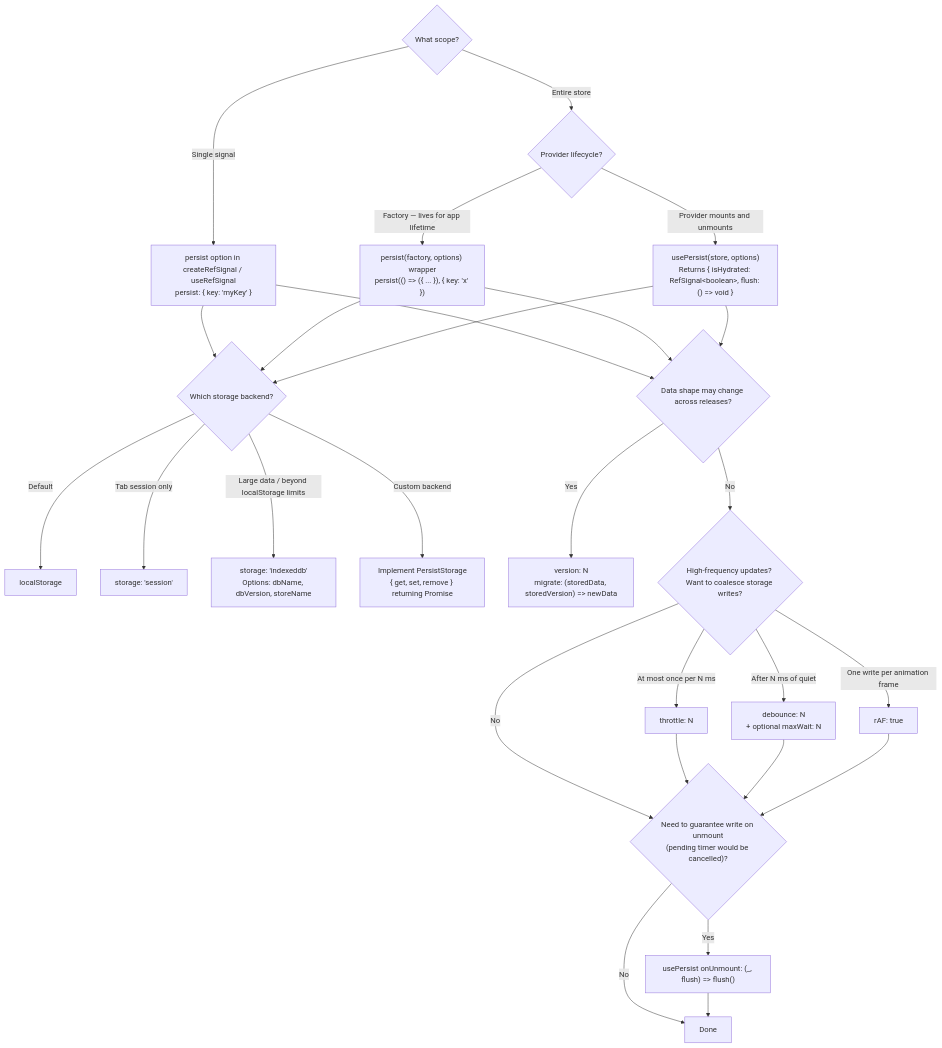
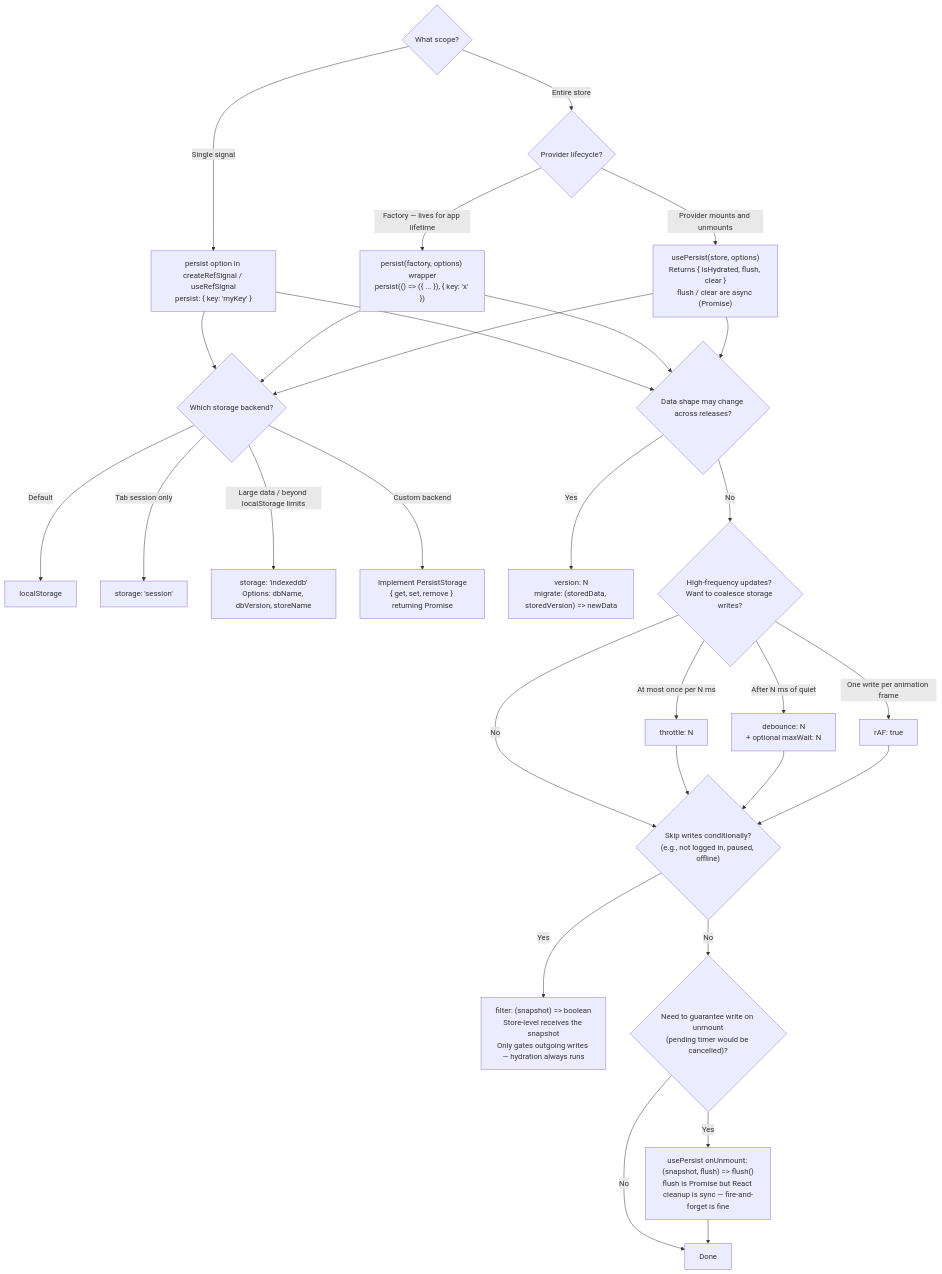
Before and after one commit to jav974/react-refsignal: the ninth of 11 diagrams in docs/decision-tree.md, drawn with Mermaid. The commit also changed other lines of this file, not shown here.

````diff
--- a/docs/decision-tree.md
+++ b/docs/decision-tree.md
@@ -162,31 +203,36 @@
 ```mermaid
 flowchart TD
     Q1{"What scope?"}
 
     Q1 -->|Single signal| A["persist option in createRefSignal / useRefSignal\npersist: { key: 'myKey' }"]
     Q1 -->|Entire store| Q2{"Provider lifecycle?"}
 
     Q2 -->|"Factory — lives for app lifetime"| B["persist(factory, options) wrapper\npersist(() => ({ ... }), { key: 'x' })"]
-    Q2 -->|Provider mounts and unmounts| C["usePersist(store, options)\nReturns { isHydrated: RefSignal&lt;boolean&gt;, flush: () =&gt; void }"]
+    Q2 -->|Provider mounts and unmounts| C["usePersist(store, options)\nReturns { isHydrated, flush, clear }\nflush / clear are async (Promise<void>)"]
 
     A & B & C --> Q3{"Which storage backend?"}
     Q3 -->|Default| D["localStorage"]
     Q3 -->|Tab session only| E["storage: 'session'"]
     Q3 -->|"Large data / beyond localStorage limits"| F["storage: 'indexeddb'\nOptions: dbName, dbVersion, storeName"]
     Q3 -->|Custom backend| G["Implement PersistStorage\n{ get, set, remove } returning Promise"]
 
     A & B & C --> Q4{"Data shape may change across releases?"}
     Q4 -->|Yes| H["version: N\nmigrate: (storedData, storedVersion) => newData"]
     Q4 -->|No| Q5
 
     Q5{"High-frequency updates? Want to coalesce storage writes?"}
-    Q5 -->|No| Q6
+    Q5 -->|No| Qf
     Q5 -->|"At most once per N ms"| J["throttle: N"]
     Q5 -->|"After N ms of quiet"| K["debounce: N\n+ optional maxWait: N"]
     Q5 -->|"One write per animation frame"| L["rAF: true"]
 
-    J & K & L --> Q6{"Need to guarantee write on unmount\n(pending timer would be cancelled)?"}
+    J & K & L --> Qf
+    Qf{"Skip writes conditionally?\n(e.g., not logged in, paused, offline)"}
+    Qf -->|Yes| Fi["filter: (snapshot) => boolean\nStore-level receives the snapshot\nOnly gates outgoing writes — hydration always runs"]
+    Qf -->|No| Q6
+
+    Q6{"Need to guarantee write on unmount\n(pending timer would be cancelled)?"}
     Q6 -->|No| I[Done]
-    Q6 -->|Yes| M["usePersist onUnmount: (_, flush) => flush()"]
+    Q6 -->|Yes| M["usePersist onUnmount: (snapshot, flush) => flush()\nflush is Promise<void> but React cleanup is sync — fire-and-forget is fine"]
     M --> I
 ```
````
